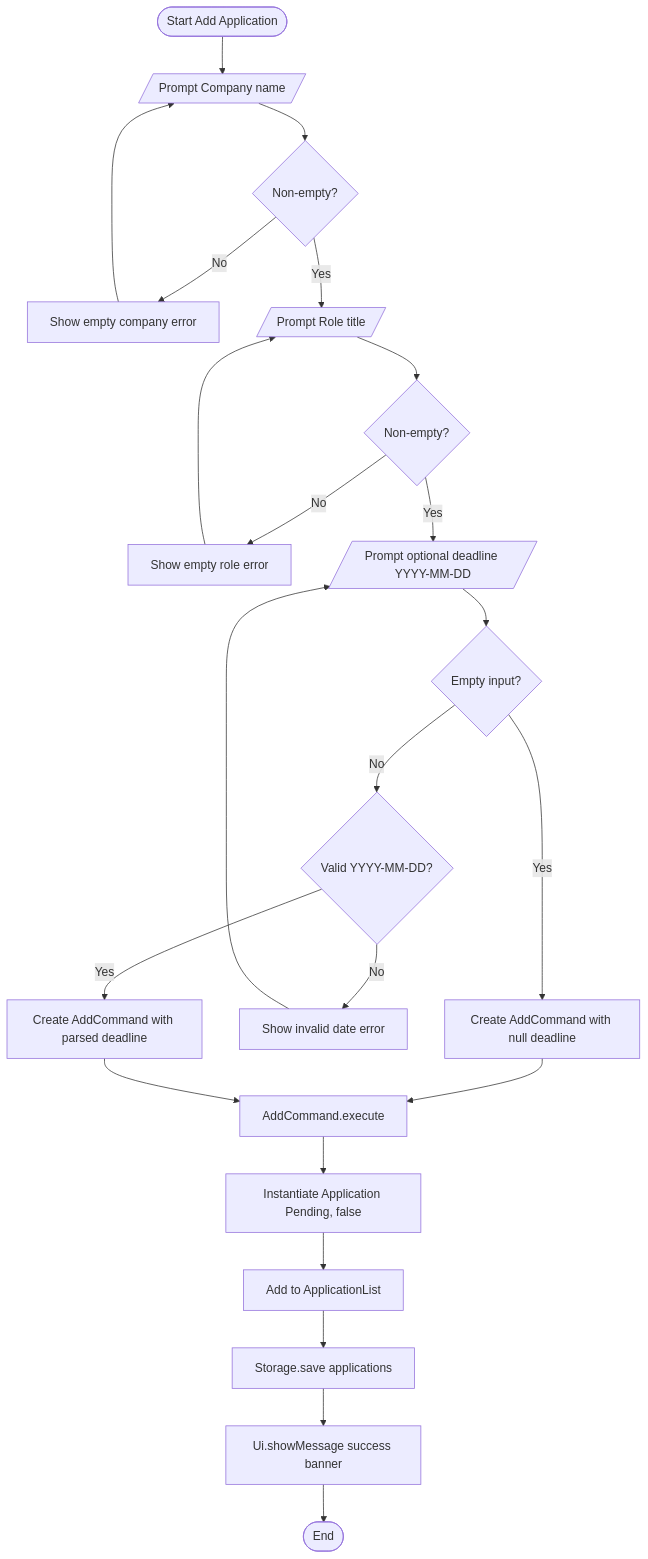
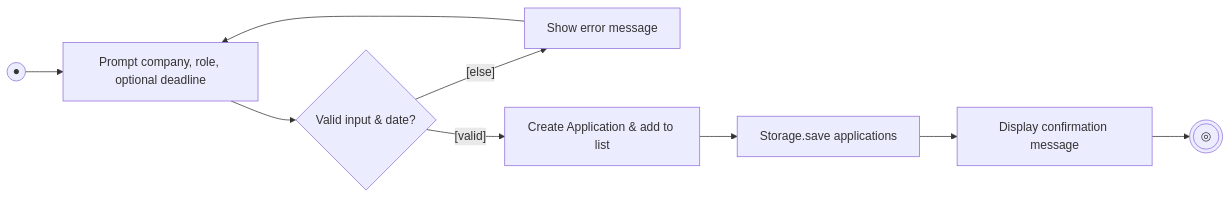
Before and after one commit to AY2627S1-CS2113-T10-2/tp: the fifth of 21 diagrams in docs/DeveloperGuide.md, drawn with Mermaid. The commit also changed other lines of this file, not shown here.

First line of the commit message:
docs: align diagrams with reference guidelines and compact activity/object layouts

````diff
--- a/docs/DeveloperGuide.md
+++ b/docs/DeveloperGuide.md
@@ -317,22 +289,10 @@
 ```mermaid
-flowchart TD
-    Start([Start Add Application]) --> PromptCompany[/Prompt Company name/]
-    PromptCompany --> ValidCompany{Non-empty?}
-    ValidCompany -- No --> ShowCompErr[Show empty company error] --> PromptCompany
-    ValidCompany -- Yes --> PromptRole[/Prompt Role title/]
-    PromptRole --> ValidRole{Non-empty?}
-    ValidRole -- No --> ShowRoleErr[Show empty role error] --> PromptRole
-    ValidRole -- Yes --> PromptDeadline[/Prompt optional deadline YYYY-MM-DD/]
-    PromptDeadline --> CheckEmptyDate{Empty input?}
-    CheckEmptyDate -- Yes --> CreateWithoutDate[Create AddCommand with null deadline]
-    CheckEmptyDate -- No --> ParseDate{Valid YYYY-MM-DD?}
-    ParseDate -- No --> ShowDateErr[Show invalid date error] --> PromptDeadline
-    ParseDate -- Yes --> CreateWithDate[Create AddCommand with parsed deadline]
-    CreateWithoutDate --> ExecuteAdd[AddCommand.execute]
-    CreateWithDate --> ExecuteAdd
-    ExecuteAdd --> CreateApp[Instantiate Application Pending, false]
-    CreateApp --> AddToList[Add to ApplicationList]
-    AddToList --> SaveStorage[Storage.save applications]
-    SaveStorage --> ShowConfirm[Ui.showMessage success banner]
-    ShowConfirm --> End([End])
+flowchart LR
+    Start((●)) --> Prompt[Prompt company, role, optional deadline]
+    Prompt --> Validate{"Valid input & date?"}
+    Validate -- "[else]" --> ShowErr[Show error message] --> Prompt
+    Validate -- "[valid]" --> Create[Create Application & add to list]
+    Create --> Save[Storage.save applications]
+    Save --> Show[Display confirmation message]
+    Show --> End(((◎)))
 ```
````
